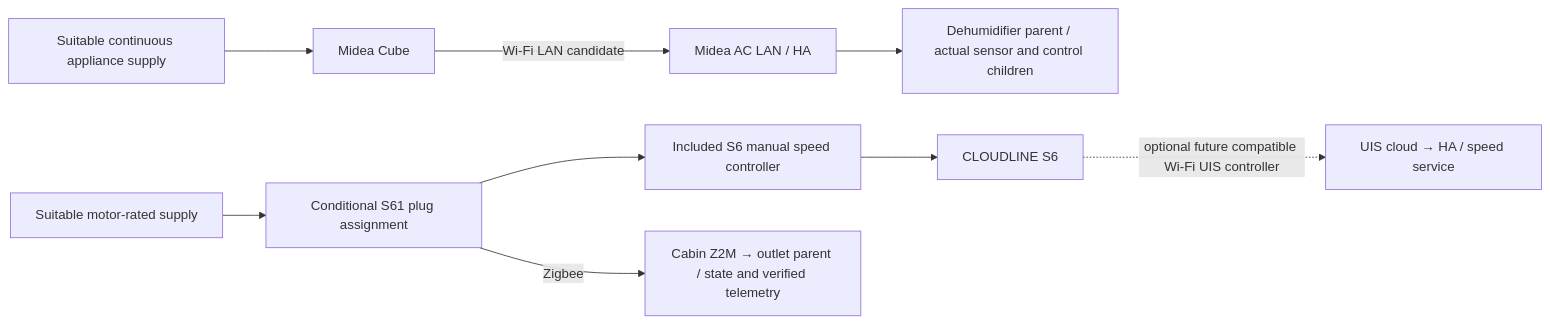
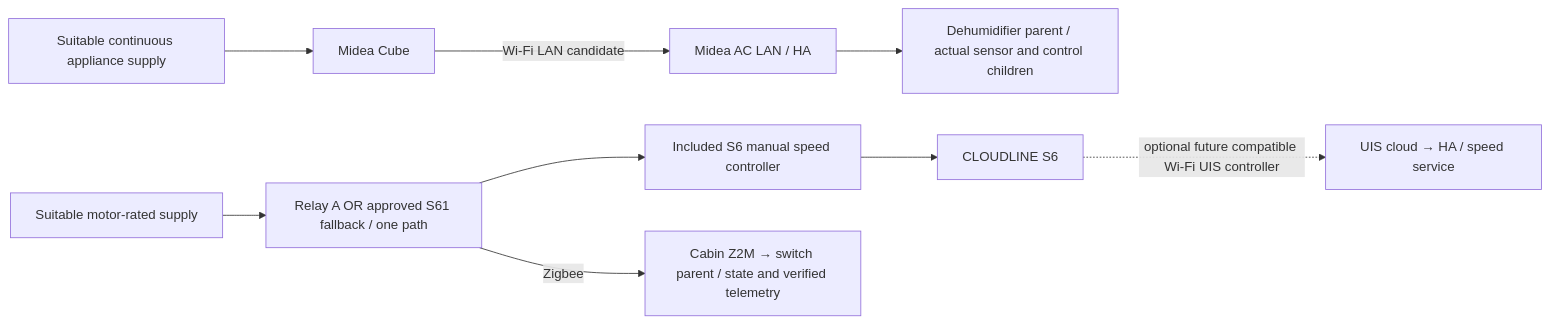
Before and after one commit to ImpressiveLLC/FaceoftheCabin: the fifth of 7 diagrams in docs/hardware/doc27-schematics.md, drawn with Mermaid. The commit also changed other lines of this file and 6 other files, not shown here.

````diff
--- a/docs/hardware/doc27-schematics.md
+++ b/docs/hardware/doc27-schematics.md
@@ -110,11 +109,11 @@
 ```mermaid
 flowchart LR
   AC[Suitable continuous appliance supply] --> M[Midea Cube]
   M -->|Wi-Fi LAN candidate| MI[Midea AC LAN / HA]
   MI --> MD[Dehumidifier parent / actual sensor and control children]
-  AC2[Suitable motor-rated supply] --> P[Conditional S61 plug assignment]
+  AC2[Suitable motor-rated supply] --> P[Relay A OR approved S61 fallback / one path]
   P --> CTRL[Included S6 manual speed controller]
   CTRL --> FAN[CLOUDLINE S6]
-  P -->|Zigbee| Z[Cabin Z2M → outlet parent / state and verified telemetry]
+  P -->|Zigbee| Z[Cabin Z2M → switch parent / state and verified telemetry]
   FAN -. optional future compatible Wi-Fi UIS controller .-> UIS[UIS cloud → HA / speed service]
 ```
````
